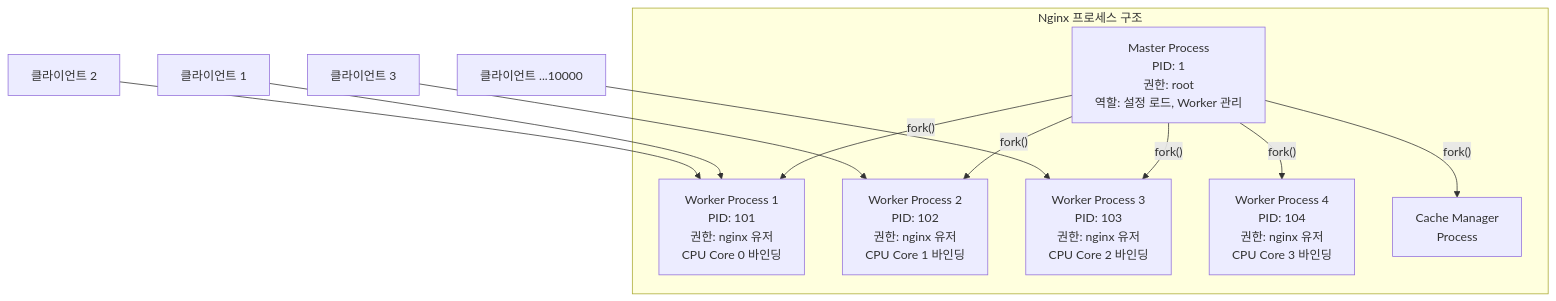
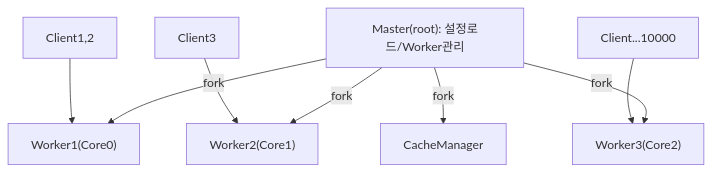
One commit to yjkim2015/yjkim2015.github.io changed the fourth of 18 diagrams in _posts/server/2026-05-01-nginx.md. Above: the diagram before and after it, drawn with Mermaid. The commit also changed other lines of this file and 215 other files, not shown here.

First line of the commit message:
신규 포스트 10개 추가 + Mermaid 전면 축소 + SystemDesign 시리즈 보강

````diff
--- a/_posts/server/2026-05-01-nginx.md
+++ b/_posts/server/2026-05-01-nginx.md
@@ -103,18 +97,12 @@
 ```mermaid
 graph TD
-    subgraph "Nginx 프로세스 구조"
-        M["Master Process\nPID: 1\n권한: root\n역할: 설정 로드, Worker 관리"]
-        W1["Worker Process 1\nPID: 101\n권한: nginx 유저\nCPU Core 0 바인딩"]
-        W2["Worker Process 2\nPID: 102\n권한: nginx 유저\nCPU Core 1 바인딩"]
-        W3["Worker Process 3\nPID: 103\n권한: nginx 유저\nCPU Core 2 바인딩"]
-        W4["Worker Process 4\nPID: 104\n권한: nginx 유저\nCPU Core 3 바인딩"]
-        CP["Cache Manager\nProcess"]
-        M -->|"fork()"| W1 & W2 & W3 & W4
-        M -->|"fork()"| CP
-    end
-
-    C1["클라이언트 1"] --> W1
-    C2["클라이언트 2"] --> W1
-    C3["클라이언트 3"] --> W2
-    C4["클라이언트 ...10000"] --> W3
+    M["Master(root): 설정로드/Worker관리"]
+    W1["Worker1(Core0)"]
+    W2["Worker2(Core1)"]
+    W3["Worker3(Core2)"]
+    CP["CacheManager"]
+    M -->|fork| W1 & W2 & W3 & CP
+    C1["Client1,2"] --> W1
+    C2["Client3"] --> W2
+    C3["Client...10000"] --> W3
 ```
````
